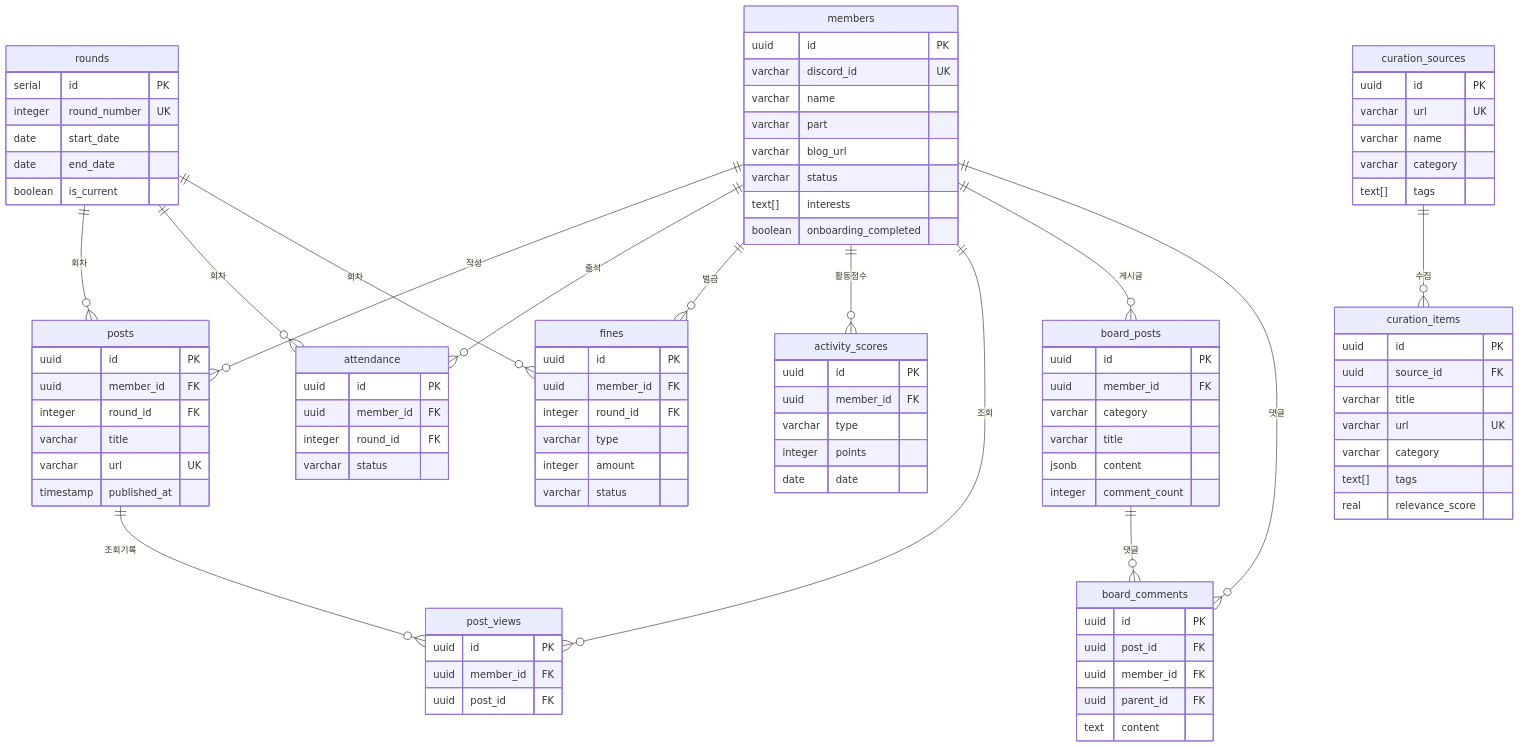
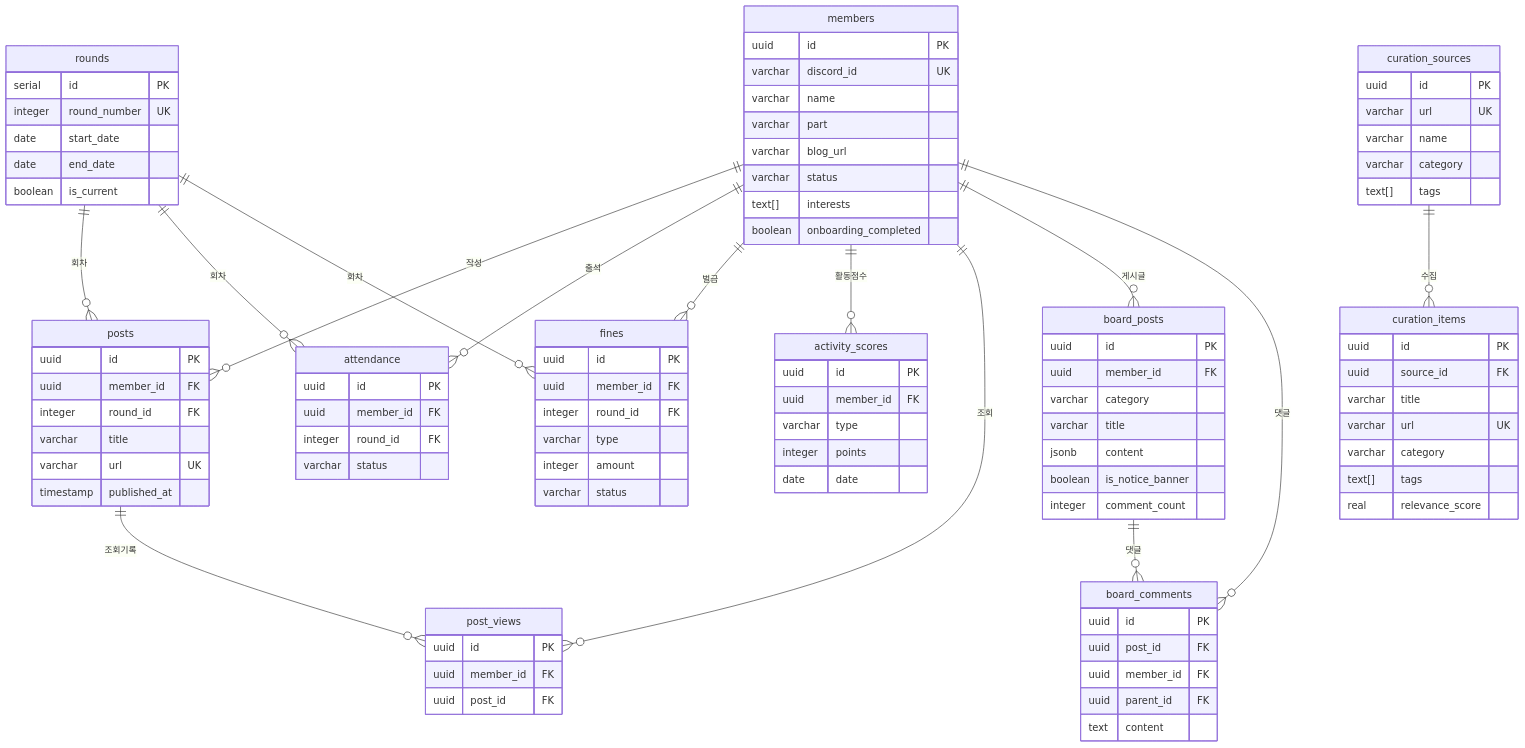
The eighth of 9 diagrams in docs/ARCHITECTURE.md (bbbang105/study-admin), drawn with Mermaid before and after one commit. The commit also changed other lines of this file and 23 other files, not shown here.

```diff
--- a/docs/ARCHITECTURE.md
+++ b/docs/ARCHITECTURE.md
@@ -340,6 +342,7 @@
         varchar category
         varchar title
         jsonb content
+        boolean is_notice_banner
         integer comment_count
     }
 
```
